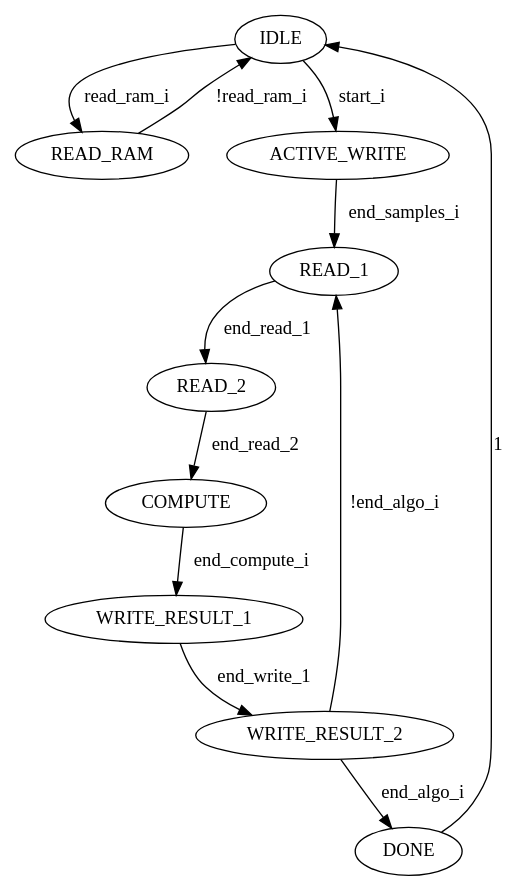
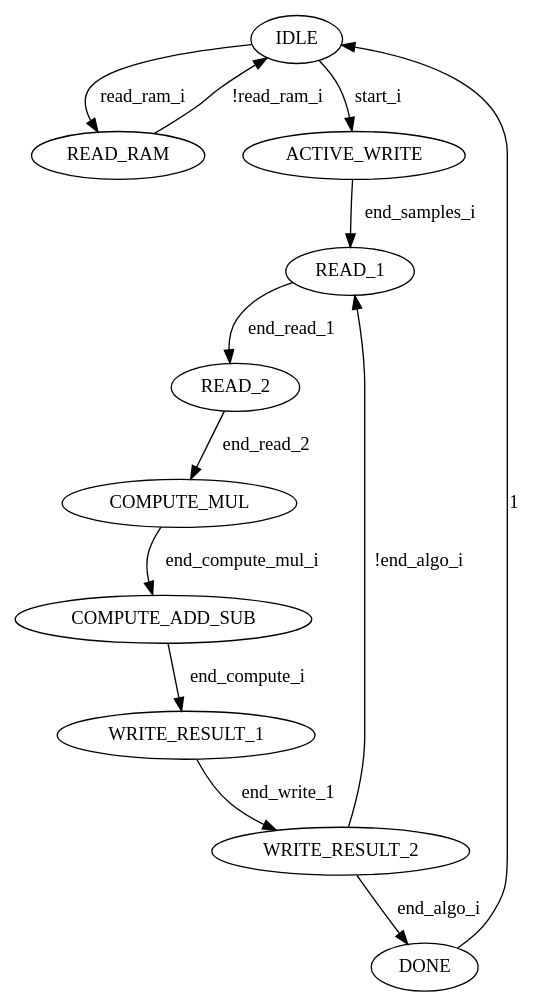
Before and after one commit to EneaDim/flexsoc: the diagram in ips/fft_core/fsms/fft_fsm/outputs/fft_fsm.gv, drawn with Graphviz. The commit also changed 15 other files, not shown here.

```diff
--- a/ips/fft_core/fsms/fft_fsm/outputs/fft_fsm.gv
+++ b/ips/fft_core/fsms/fft_fsm/outputs/fft_fsm.gv
@@ -1,13 +1,14 @@
 digraph fft_fsm {
 IDLE -> READ_RAM [ label = "read_ram_i" ] ;
 READ_RAM -> IDLE [ label = "!read_ram_i" ] ;
 IDLE -> ACTIVE_WRITE [ label = "start_i" ] ;
 ACTIVE_WRITE -> READ_1 [ label = "end_samples_i" ] ;
 READ_1 -> READ_2 [ label = "end_read_1" ] ;
-READ_2 -> COMPUTE [ label = "end_read_2" ] ;
-COMPUTE -> WRITE_RESULT_1 [ label = "end_compute_i" ] ;
+READ_2 -> COMPUTE_MUL [ label = "end_read_2" ] ;
+COMPUTE_MUL -> COMPUTE_ADD_SUB [ label = "end_compute_mul_i" ] ;
+COMPUTE_ADD_SUB -> WRITE_RESULT_1 [ label = "end_compute_i" ] ;
 WRITE_RESULT_1 -> WRITE_RESULT_2 [ label = "end_write_1" ] ;
 WRITE_RESULT_2 -> READ_1 [ label = "!end_algo_i" ] ;
 WRITE_RESULT_2 -> DONE [ label = "end_algo_i" ] ;
 DONE -> IDLE [ label = "1" ] ;
 }
```
